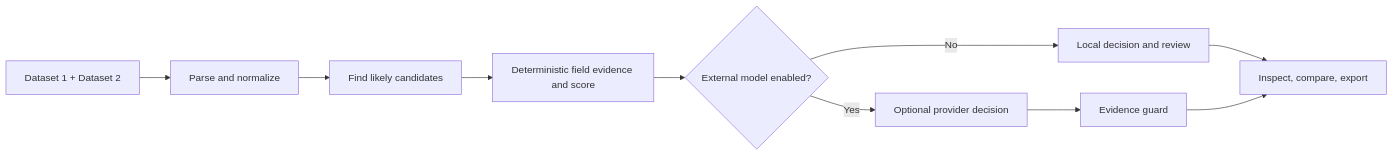
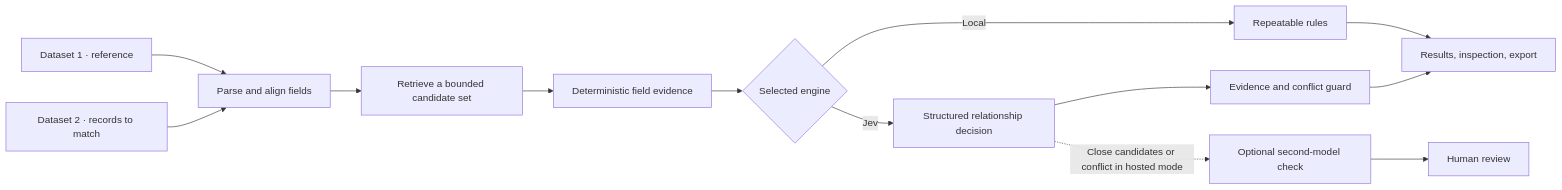
Before and after one commit to Mandrilsquad1441/dataset-match-studio: the diagram in README.md, drawn with Mermaid. The commit also changed other lines of this file and 2 other files, not shown here.

Commit message:
Document Jev-led matching architecture and usage

````diff
--- a/README.md
+++ b/README.md
@@ -20,12 +20,15 @@
 ```mermaid
 flowchart LR
-    A[Dataset 1 + Dataset 2] --> B[Parse and normalize]
-    B --> C[Find likely candidates]
-    C --> D[Deterministic field evidence and score]
-    D --> E{External model enabled?}
-    E -- No --> F[Local decision and review]
-    E -- Yes --> G[Optional provider decision]
-    G --> H[Evidence guard]
-    F --> I[Inspect, compare, export]
-    H --> I
+    A[Dataset 1 · reference] --> C[Parse and align fields]
+    B[Dataset 2 · records to match] --> C
+    C --> D[Retrieve a bounded candidate set]
+    D --> E[Deterministic field evidence]
+    E --> F{Selected engine}
+    F -->|Local| G[Repeatable rules]
+    F -->|Jev| H[Structured relationship decision]
+    H --> I[Evidence and conflict guard]
+    G --> J[Results, inspection, export]
+    I --> J
+    H -. Close candidates or conflict in hosted mode .-> K[Optional second-model check]
+    K --> L[Human review]
 ```
````
